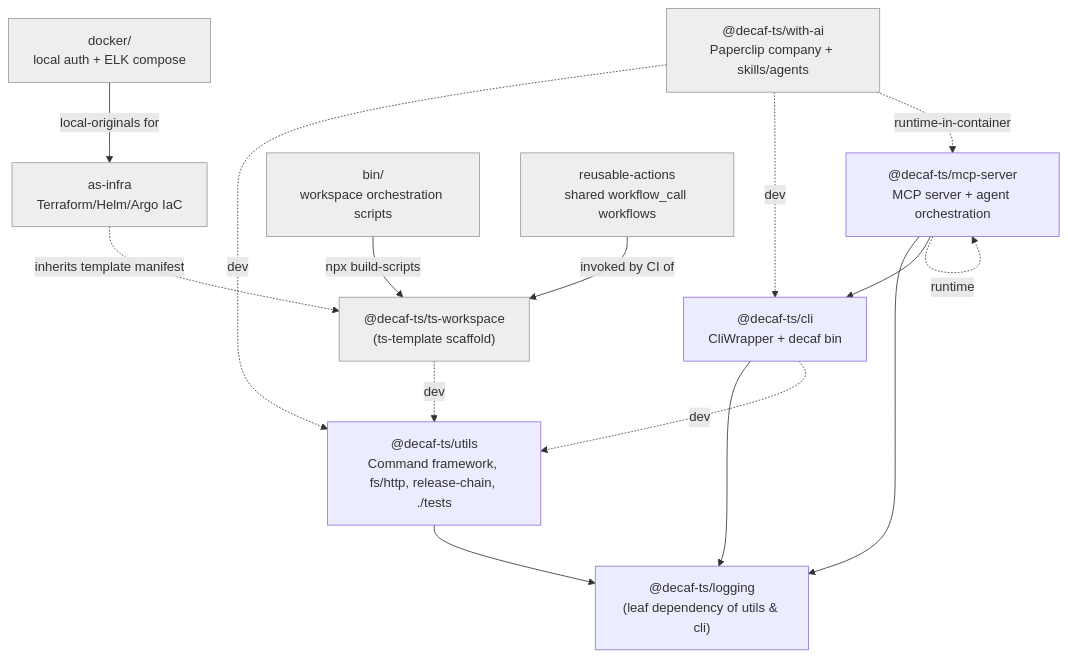
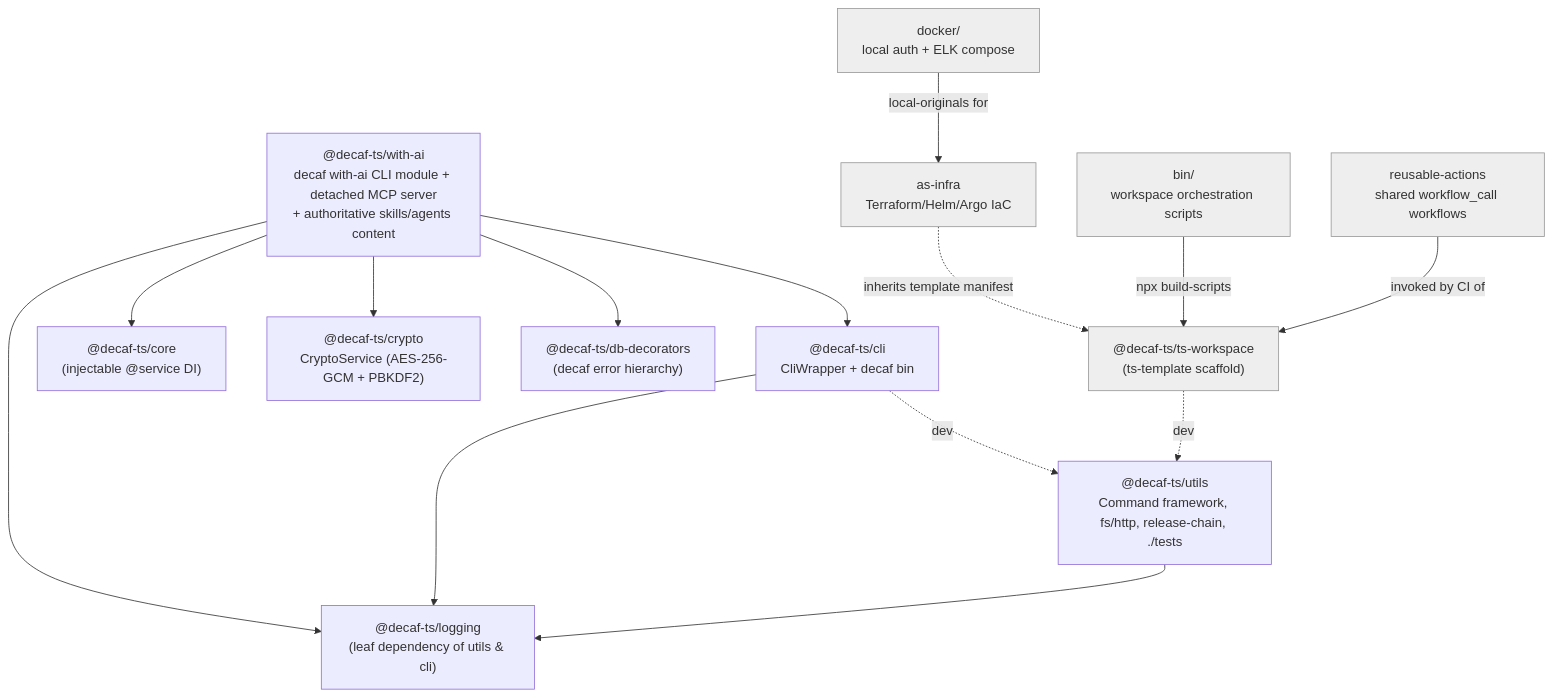
Before and after one commit to decaf-ts/decaf-ts: the first of 4 diagrams in workdocs/ai/project/technical-docs/architecture-handbook/09-tooling-infra.md, drawn with Mermaid. The commit also changed other lines of this file and 4 other files, not shown here.

Commit message:
DECAF-51: with-ai mcp/cli design and delivery documentation + submodule pin

````diff
--- a/workdocs/ai/project/technical-docs/architecture-handbook/09-tooling-infra.md
+++ b/workdocs/ai/project/technical-docs/architecture-handbook/09-tooling-infra.md
@@ -20,31 +25,32 @@
 ```mermaid
 flowchart TD
     utils["@decaf-ts/utils<br/>Command framework, fs/http, release-chain, ./tests"]
     logging["@decaf-ts/logging<br/>(leaf dependency of utils & cli)"]
     cli["@decaf-ts/cli<br/>CliWrapper + decaf bin"]
-    mcp["@decaf-ts/mcp-server<br/>MCP server + agent orchestration"]
-    withai["@decaf-ts/with-ai<br/>Paperclip company + skills/agents"]
+    core["@decaf-ts/core<br/>(injectable @service DI)"]
+    crypto["@decaf-ts/crypto<br/>CryptoService (AES-256-GCM + PBKDF2)"]
+    dbdec["@decaf-ts/db-decorators<br/>(decaf error hierarchy)"]
+    withai["@decaf-ts/with-ai<br/>decaf with-ai CLI module + detached MCP server<br/>+ authoritative skills/agents content"]
     template["@decaf-ts/ts-workspace<br/>(ts-template scaffold)"]
     asinfra["as-infra<br/>Terraform/Helm/Argo IaC"]
     bin["bin/<br/>workspace orchestration scripts"]
     reusable["reusable-actions<br/>shared workflow_call workflows"]
     docker["docker/<br/>local auth + ELK compose"]
 
     utils --> logging
     cli --> logging
     cli -.dev.-> utils
-    mcp --> logging
-    mcp --> cli
-    mcp -.runtime.-> mcp
-    withai -.dev.-> utils
-    withai -.dev.-> cli
-    withai -.runtime-in-container.-> mcp
+    withai --> logging
+    withai --> core
+    withai --> crypto
+    withai --> dbdec
+    withai --> cli
     template -.dev.-> utils
     asinfra -.inherits template manifest.-> template
     bin -->|npx build-scripts| template
     reusable -->|invoked by CI of| template
     docker -->|local-originals for| asinfra
 
     classDef edge fill:#eee,stroke:#999
-    class bin,reusable,docker,asinfra,template,withai edge
+    class bin,reusable,docker,asinfra,template edge
 ```
````
